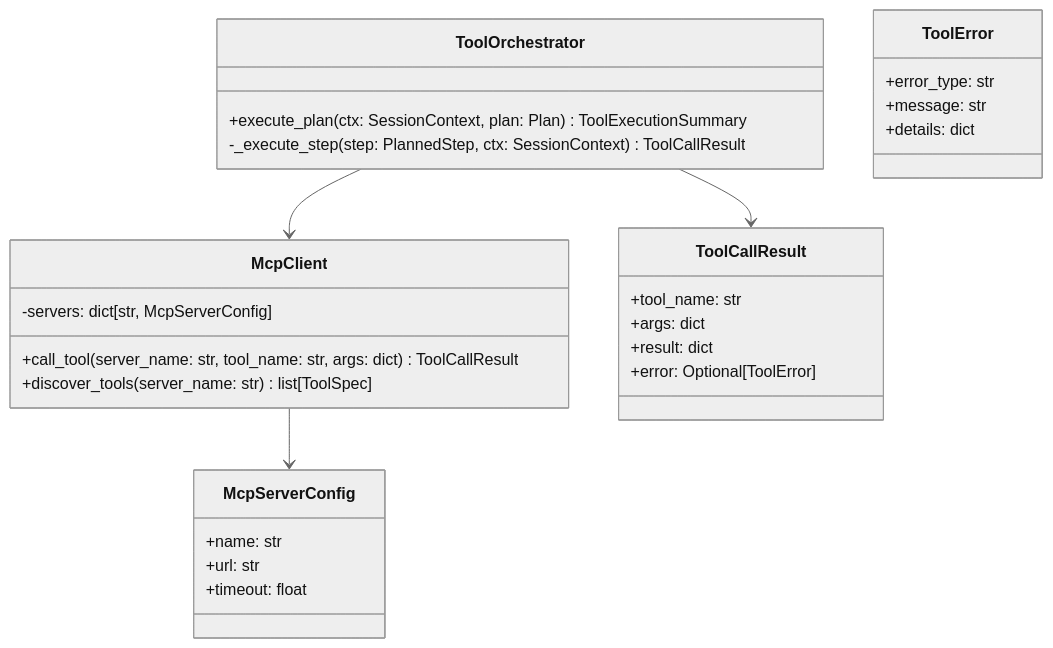
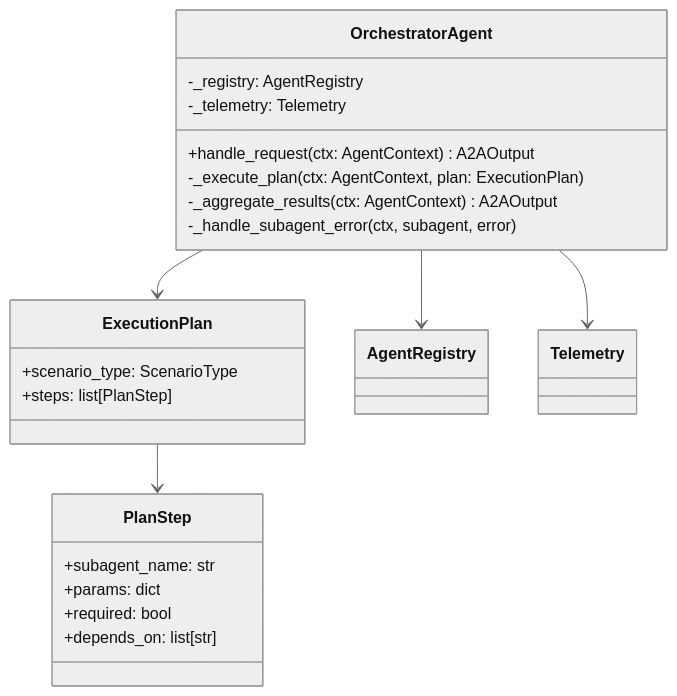
The fourth of 7 diagrams in docs/c4_level_4_code_ai_agent.md (trustmycode/MOEX-Agent-MCP), drawn with Mermaid (neutral theme) before and after one commit. The commit also changed other lines of this file and 9 other files, not shown here.

First line of the commit message:
Refactor architecture documentation to reflect multi-agent system implementation

````diff
--- a/docs/c4_level_4_code_ai_agent.md
+++ b/docs/c4_level_4_code_ai_agent.md
@@ -182,36 +236,28 @@
 ```mermaid
 classDiagram
-    class McpClient {
-      -servers: dict[str, McpServerConfig]
-      +call_tool(server_name: str, tool_name: str, args: dict) ToolCallResult
-      +discover_tools(server_name: str) list[ToolSpec]
+    class OrchestratorAgent {
+        -_registry: AgentRegistry
+        -_telemetry: Telemetry
+        +handle_request(ctx: AgentContext) A2AOutput
+        -_execute_plan(ctx: AgentContext, plan: ExecutionPlan)
+        -_aggregate_results(ctx: AgentContext) A2AOutput
+        -_handle_subagent_error(ctx, subagent, error)
     }
 
-    class McpServerConfig {
-      +name: str
-      +url: str
-      +timeout: float
+    class ExecutionPlan {
+        +scenario_type: ScenarioType
+        +steps: list[PlanStep]
     }
 
-    class ToolOrchestrator {
-      +execute_plan(ctx: SessionContext, plan: Plan) ToolExecutionSummary
-      -_execute_step(step: PlannedStep, ctx: SessionContext) ToolCallResult
+    class PlanStep {
+        +subagent_name: str
+        +params: dict
+        +required: bool
+        +depends_on: list[str]
     }
 
-    class ToolCallResult {
-      +tool_name: str
-      +args: dict
-      +result: dict
-      +error: Optional[ToolError]
-    }
-
-    class ToolError {
-      +error_type: str
-      +message: str
-      +details: dict
-    }
-
-    ToolOrchestrator --> McpClient
-    ToolOrchestrator --> ToolCallResult
-    McpClient --> McpServerConfig
+    OrchestratorAgent --> AgentRegistry
+    OrchestratorAgent --> ExecutionPlan
+    OrchestratorAgent --> Telemetry
+    ExecutionPlan --> PlanStep
 ```
````
